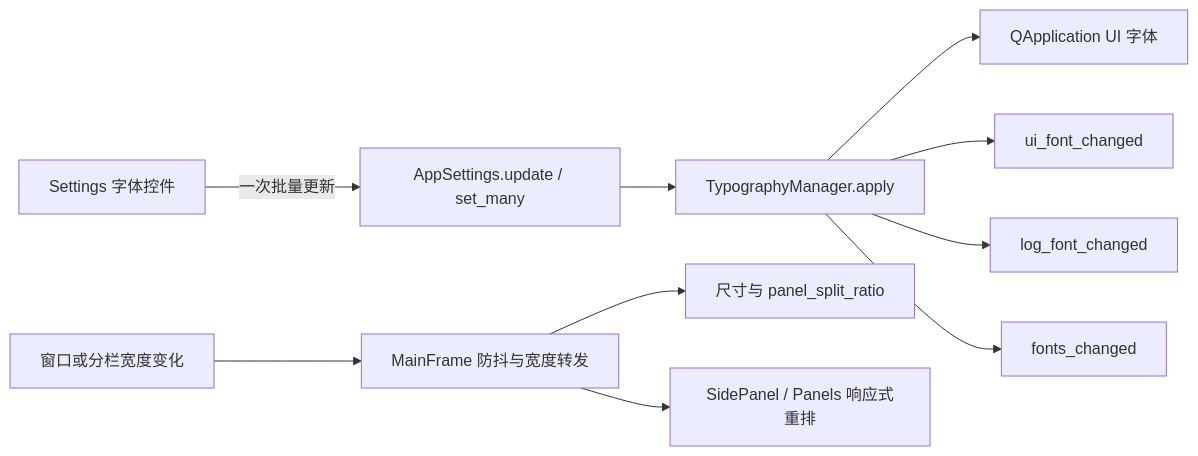
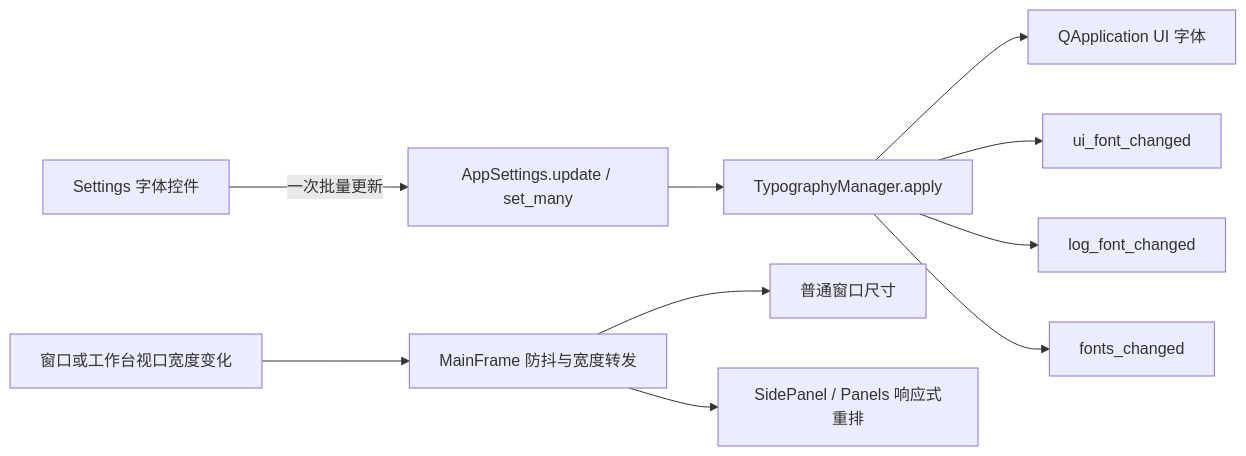
Before and after one commit to BlackHu-art/ADBLab: the second of 6 diagrams in docs/project-knowledge/BUSINESS_FLOW.md, drawn with Mermaid. The commit also changed other lines of this file and 112 other files, not shown here.

````diff
--- a/docs/project-knowledge/BUSINESS_FLOW.md
+++ b/docs/project-knowledge/BUSINESS_FLOW.md
@@ -55,12 +55,12 @@
 ```mermaid
 flowchart LR
     Settings["Settings 字体控件"] -->|"一次批量更新"| AppSettings["AppSettings.update / set_many"]
     AppSettings --> Typography["TypographyManager.apply"]
     Typography --> AppFont["QApplication UI 字体"]
     Typography --> UISignal["ui_font_changed"]
     Typography --> LogSignal["log_font_changed"]
     Typography --> AllSignal["fonts_changed"]
-    Resize["窗口或分栏宽度变化"] --> Main["MainFrame 防抖与宽度转发"]
-    Main --> Store["尺寸与 panel_split_ratio"]
+    Resize["窗口或工作台视口宽度变化"] --> Main["MainFrame 防抖与宽度转发"]
+    Main --> Store["普通窗口尺寸"]
     Main --> Panels["SidePanel / Panels 响应式重排"]
 ```
````
